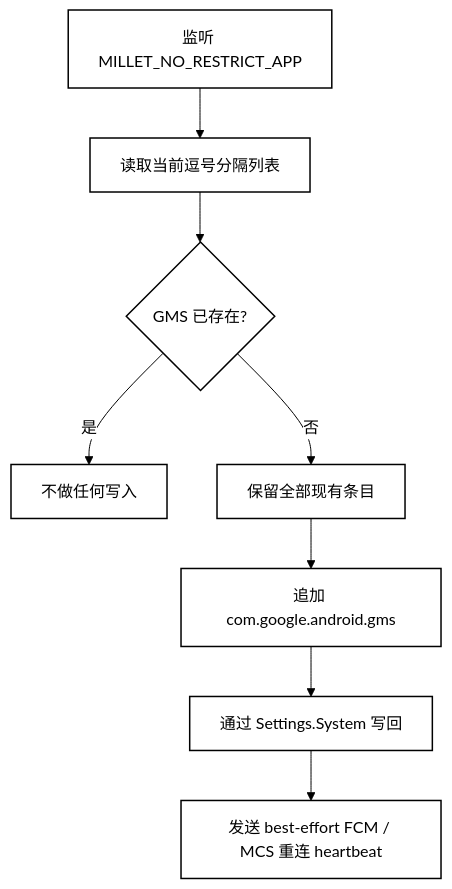
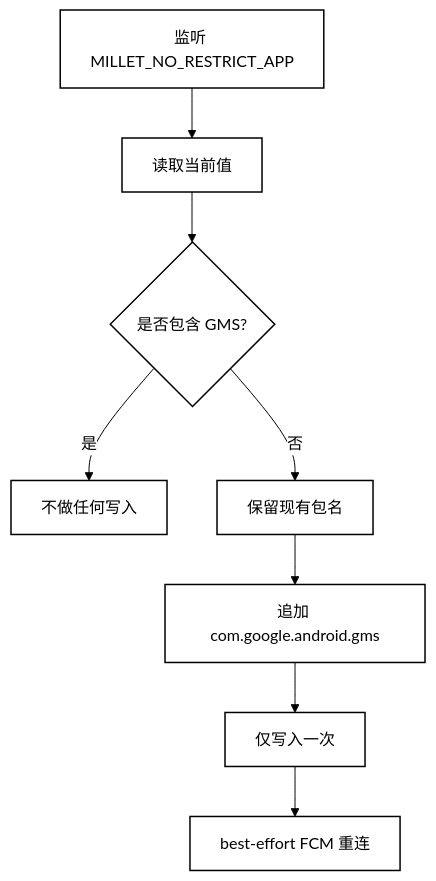
Before and after one commit to ReedGAOOO/FCMGuard-HyperOS: the diagram in README.zh-CN.md, drawn with Mermaid. The commit also changed other lines of this file, not shown here.

````diff
--- a/README.zh-CN.md
+++ b/README.zh-CN.md
@@ -67,13 +63,13 @@
 ```mermaid
-%%{init: {'theme':'base','themeVariables': {'background':'#ffffff','primaryColor':'#ffffff','primaryTextColor':'#000000','primaryBorderColor':'#000000','secondaryColor':'#ffffff','tertiaryColor':'#ffffff','lineColor':'#000000','fontFamily':'Arial'}}}%%
+%%{init: {'theme':'base','themeVariables': {'background':'#ffffff','primaryColor':'#ffffff','primaryTextColor':'#000000','primaryBorderColor':'#000000','lineColor':'#000000'}}}%%
 flowchart TD
-    A[监听 MILLET_NO_RESTRICT_APP] --> B[读取当前逗号分隔列表]
-    B --> C{GMS 已存在?}
+    A[监听 MILLET_NO_RESTRICT_APP] --> B[读取当前值]
+    B --> C{是否包含 GMS?}
     C -- 是 --> D[不做任何写入]
-    C -- 否 --> E[保留全部现有条目]
+    C -- 否 --> E[保留现有包名]
     E --> F[追加 com.google.android.gms]
-    F --> G[通过 Settings.System 写回]
-    G --> H[发送 best-effort FCM / MCS 重连 heartbeat]
+    F --> G[仅写入一次]
+    G --> H[best-effort FCM 重连]
     classDef bw fill:#ffffff,stroke:#000000,color:#000000,stroke-width:1.5px;
     class A,B,C,D,E,F,G,H bw;
 ```
````
